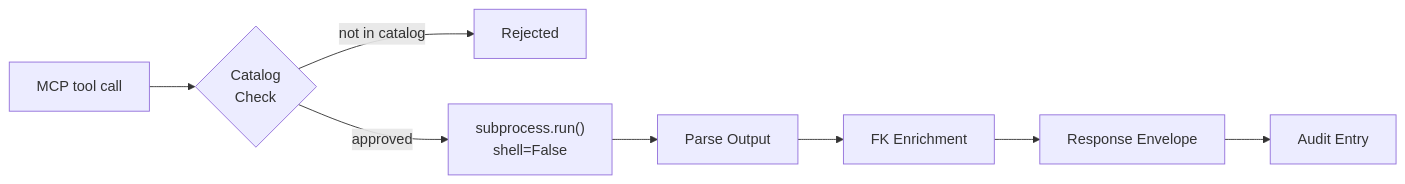
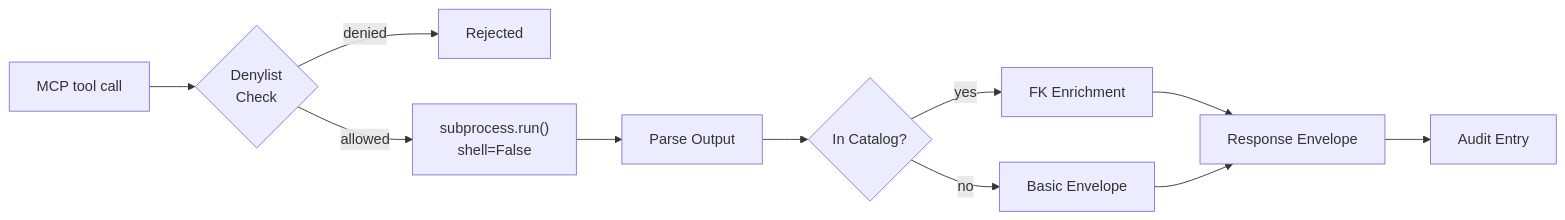
Before and after one commit to AppliedIR/sift-mcp: the second of 2 diagrams in README.md, drawn with Mermaid. The commit also changed other lines of this file and 8 other files, not shown here.

Commit message:
replace catalog allowlist gate with denylist, open execution for uncataloged tools

````diff
--- a/README.md
+++ b/README.md
@@ -60,10 +60,13 @@
 ```mermaid
 graph LR
-    REQ["MCP tool call"] --> CAT{"Catalog<br/>Check"}
-    CAT -->|"not in catalog"| REJECT["Rejected"]
-    CAT -->|"approved"| EXEC["subprocess.run()<br/>shell=False"]
+    REQ["MCP tool call"] --> DENY{"Denylist<br/>Check"}
+    DENY -->|"denied"| REJECT["Rejected"]
+    DENY -->|"allowed"| EXEC["subprocess.run()<br/>shell=False"]
     EXEC --> PARSE["Parse Output"]
-    PARSE --> ENRICH["FK Enrichment"]
+    PARSE --> CAT{"In Catalog?"}
+    CAT -->|"yes"| ENRICH["FK Enrichment"]
+    CAT -->|"no"| BASIC["Basic Envelope"]
     ENRICH --> RESP["Response Envelope"]
+    BASIC --> RESP
     RESP --> AUDIT["Audit Entry"]
 ```
````
